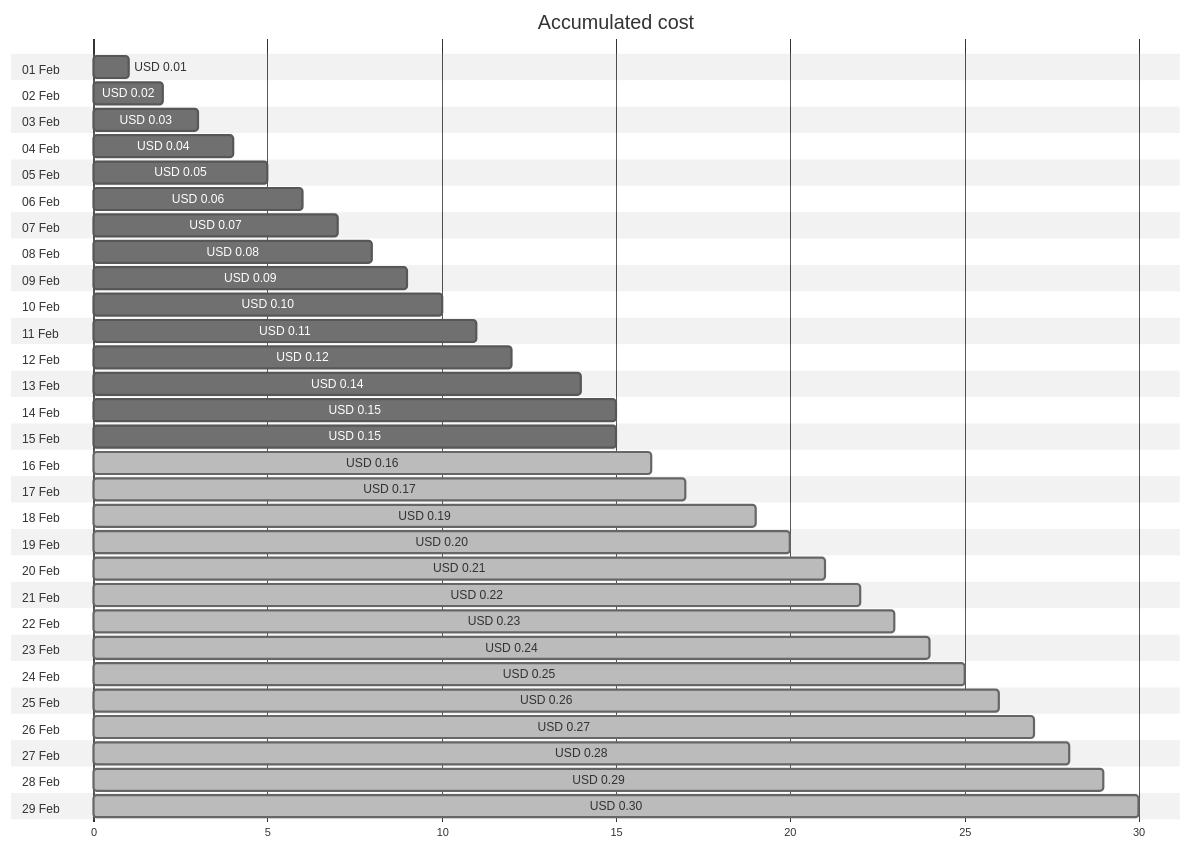
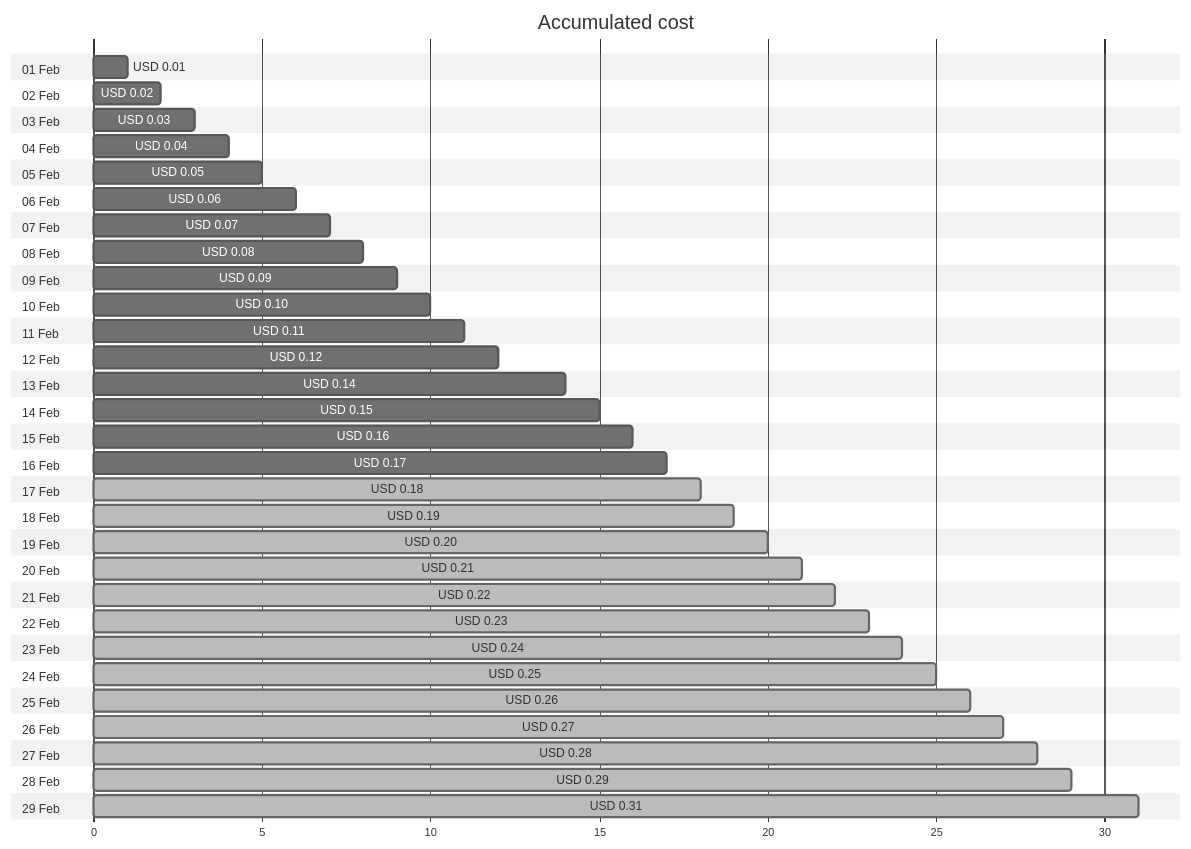
One commit to jpfulton/azure-personal-reports changed the first of 4 diagrams in cost-reports/cloud-shell-storage-eastus/README.md. Above: the diagram before and after it, drawn with Mermaid (neutral theme). The commit also changed other lines of this file and 1 other file, not shown here.

````diff
--- a/cost-reports/cloud-shell-storage-eastus/README.md
+++ b/cost-reports/cloud-shell-storage-eastus/README.md
@@ -20,64 +20,64 @@
 ```mermaid
 gantt
    title Accumulated cost
    dateFormat  X
    axisFormat %s
    section 01 Feb
    USD 0.01 :0, 1
    section 02 Feb
    USD 0.02 :0, 2
    section 03 Feb
    USD 0.03 :0, 3
    section 04 Feb
    USD 0.04 :0, 4
    section 05 Feb
    USD 0.05 :0, 5
    section 06 Feb
    USD 0.06 :0, 6
    section 07 Feb
    USD 0.07 :0, 7
    section 08 Feb
    USD 0.08 :0, 8
    section 09 Feb
    USD 0.09 :0, 9
    section 10 Feb
    USD 0.10 :0, 10
    section 11 Feb
    USD 0.11 :0, 11
    section 12 Feb
    USD 0.12 :0, 12
    section 13 Feb
    USD 0.14 :0, 14
    section 14 Feb
    USD 0.15 :0, 15
    section 15 Feb
-   USD 0.15 :0, 15
+   USD 0.16 :0, 16
    section 16 Feb
-   USD 0.16 : done, 0, 16
+   USD 0.17 :0, 17
    section 17 Feb
-   USD 0.17 : done, 0, 17
+   USD 0.18 : done, 0, 18
    section 18 Feb
    USD 0.19 : done, 0, 19
    section 19 Feb
    USD 0.20 : done, 0, 20
    section 20 Feb
    USD 0.21 : done, 0, 21
    section 21 Feb
    USD 0.22 : done, 0, 22
    section 22 Feb
    USD 0.23 : done, 0, 23
    section 23 Feb
    USD 0.24 : done, 0, 24
    section 24 Feb
    USD 0.25 : done, 0, 25
    section 25 Feb
    USD 0.26 : done, 0, 26
    section 26 Feb
    USD 0.27 : done, 0, 27
    section 27 Feb
    USD 0.28 : done, 0, 28
    section 28 Feb
    USD 0.29 : done, 0, 29
    section 29 Feb
-   USD 0.30 : done, 0, 30
+   USD 0.31 : done, 0, 31
 ```
````
